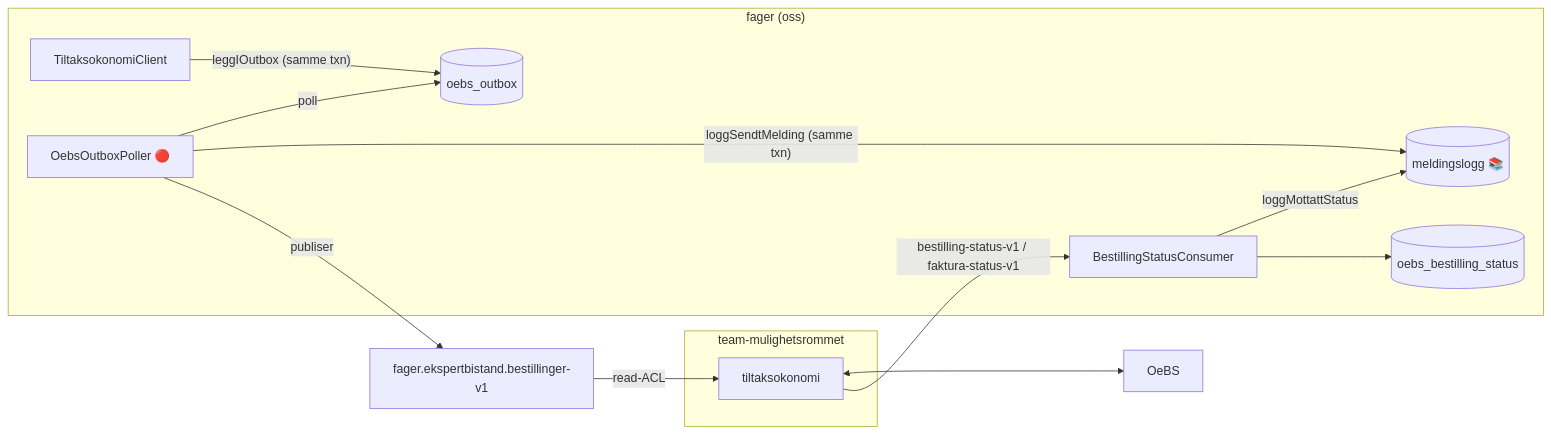
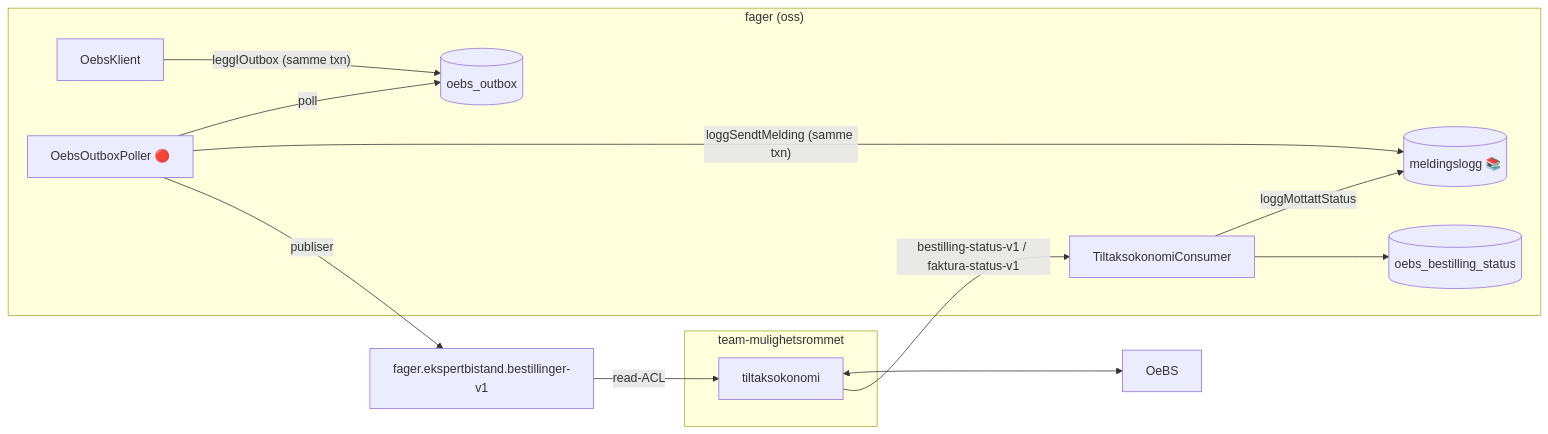
The first of 3 diagrams in backend/src/main/kotlin/no/nav/ekspertbistand/oebs/README.md (navikt/ekspertbistand), drawn with Mermaid before and after one commit. The commit also changed other lines of this file and 14 other files, not shown here.

````diff
--- a/backend/src/main/kotlin/no/nav/ekspertbistand/oebs/README.md
+++ b/backend/src/main/kotlin/no/nav/ekspertbistand/oebs/README.md
@@ -19,27 +19,27 @@
 ```mermaid
 flowchart LR
     subgraph fager["fager (oss)"]
-        klient["TiltaksokonomiClient"]
+        klient["OebsKlient"]
         outbox[("oebs_outbox")]
         poller["OebsOutboxPoller 🔴"]
-        status["BestillingStatusConsumer"]
+        status["TiltaksokonomiConsumer"]
         statusdb[("oebs_bestilling_status")]
         logg[("meldingslogg 📚")]
     end
 
     subgraph valp["team-mulighetsrommet"]
         tokonomi["tiltaksokonomi"]
     end
 
     oebs["OeBS"]
 
     klient -- "leggIOutbox (samme txn)" --> outbox
     poller -- "poll" --> outbox
     poller -- "loggSendtMelding (samme txn)" --> logg
     poller -- "publiser" --> topic["fager.ekspertbistand.bestillinger-v1"]
     topic -- "read-ACL" --> tokonomi
     tokonomi <--> oebs
     tokonomi -- "bestilling-status-v1 / faktura-status-v1" --> status
     status -- "loggMottattStatus" --> logg
     status --> statusdb
 ```
````
